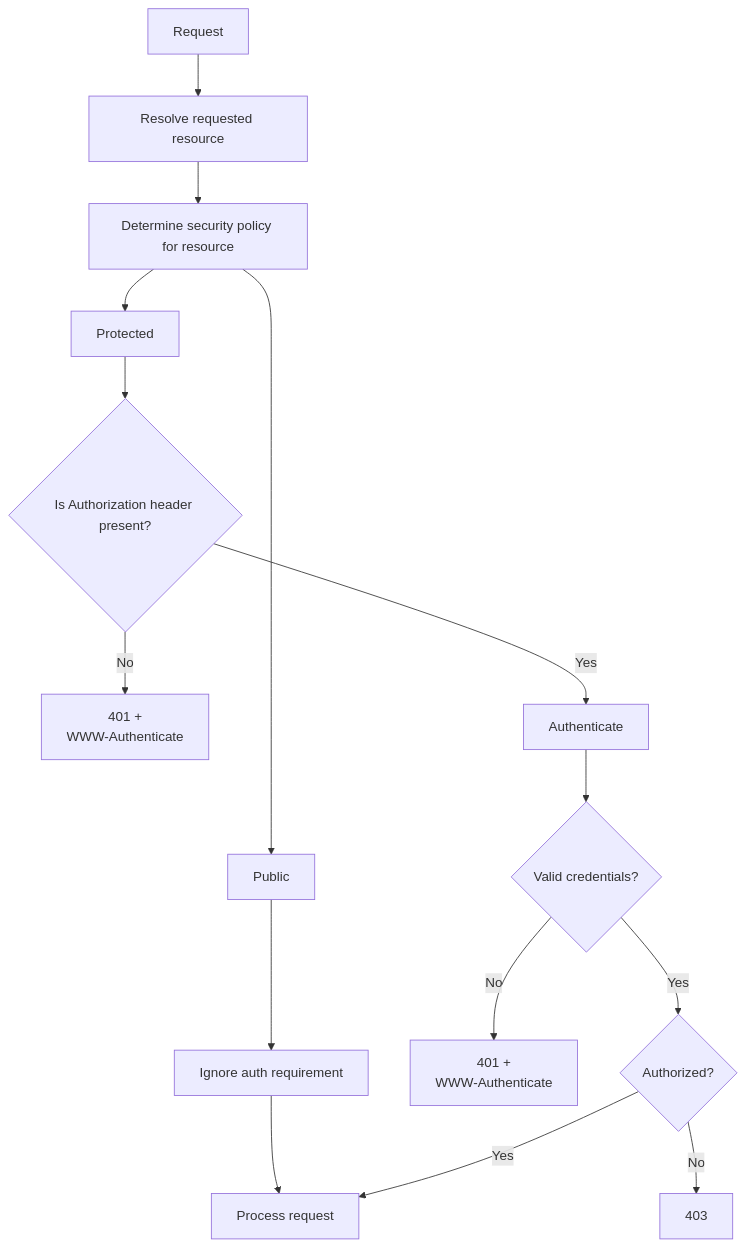
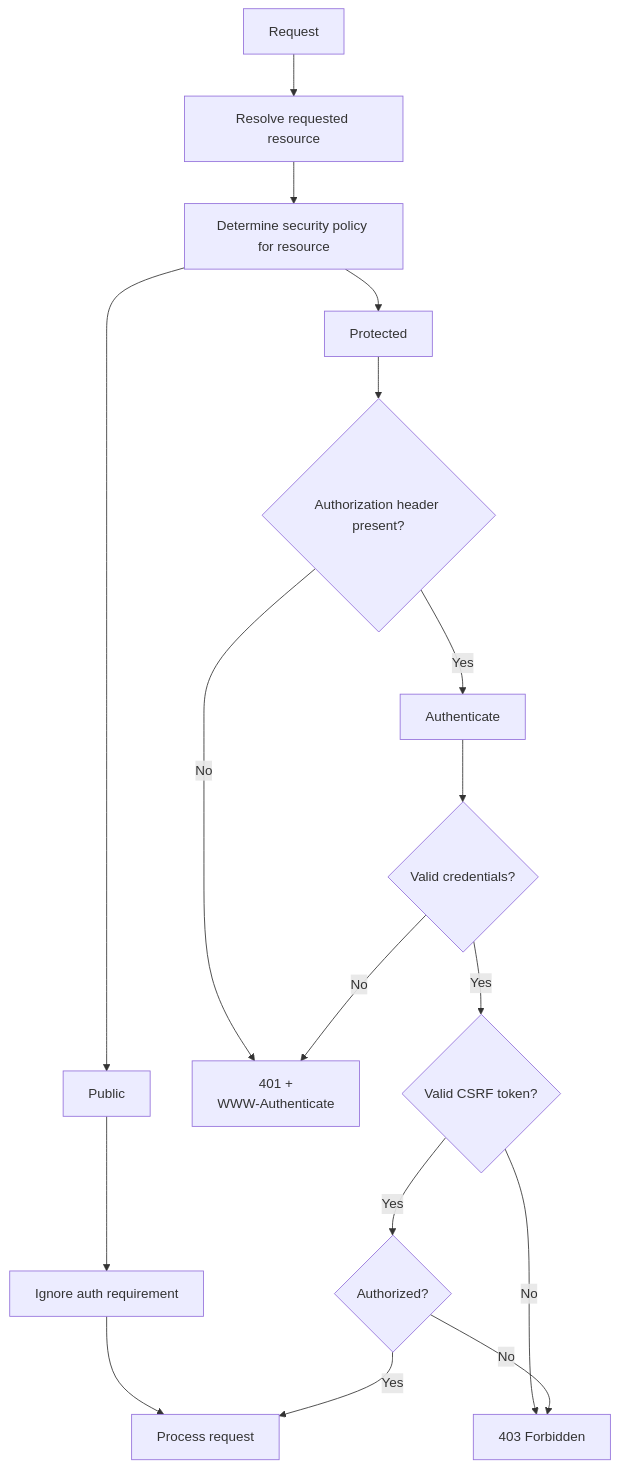
One commit to szeka9/PyRobusta changed the diagram in docs/application_development/security.md. Above: the diagram before and after it, drawn with Mermaid. The commit also changed other lines of this file and 8 other files, not shown here.

````diff
--- a/docs/application_development/security.md
+++ b/docs/application_development/security.md
@@ -163,24 +194,27 @@
 ```mermaid
 flowchart TD
     A[Request] --> B[Resolve requested resource]
     B --> C[Determine security policy for resource]
 
     C --> D[Public]
     C --> E[Protected]
 
     D --> F[Ignore auth requirement]
     F --> G[Process request]
 
-    E --> H{Is Authorization header present?}
+    E --> H{Authorization header present?}
 
     H -->|No| I[401 +<br/>WWW-Authenticate]
     H -->|Yes| J[Authenticate]
 
     J --> K{Valid credentials?}
 
-    K -->|No| L[401 +<br/>WWW-Authenticate]
-    K -->|Yes| M{Authorized?}
+    K -->|No| I
+    K -->|Yes| L{Valid CSRF token?}
 
-    M -->|No| N[403]
-    M -->|Yes| G
+    L -->|No| M[403 Forbidden]
+    L -->|Yes| N{Authorized?}
+
+    N -->|No| M
+    N -->|Yes| G
 ```
````
